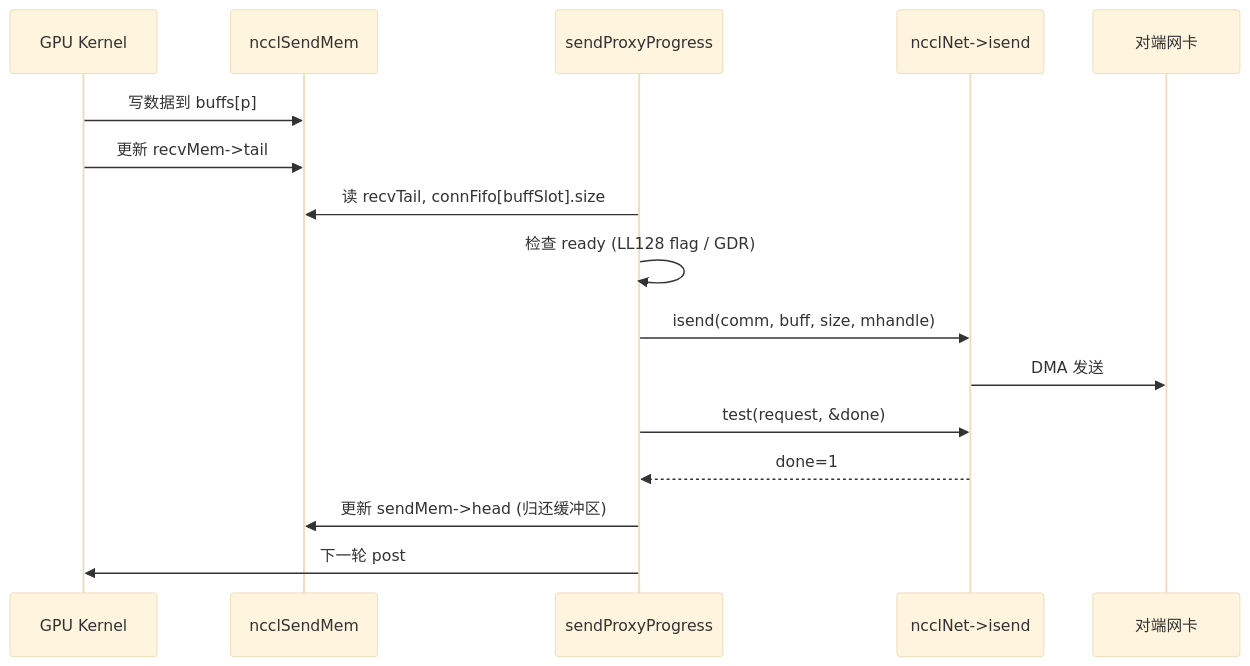
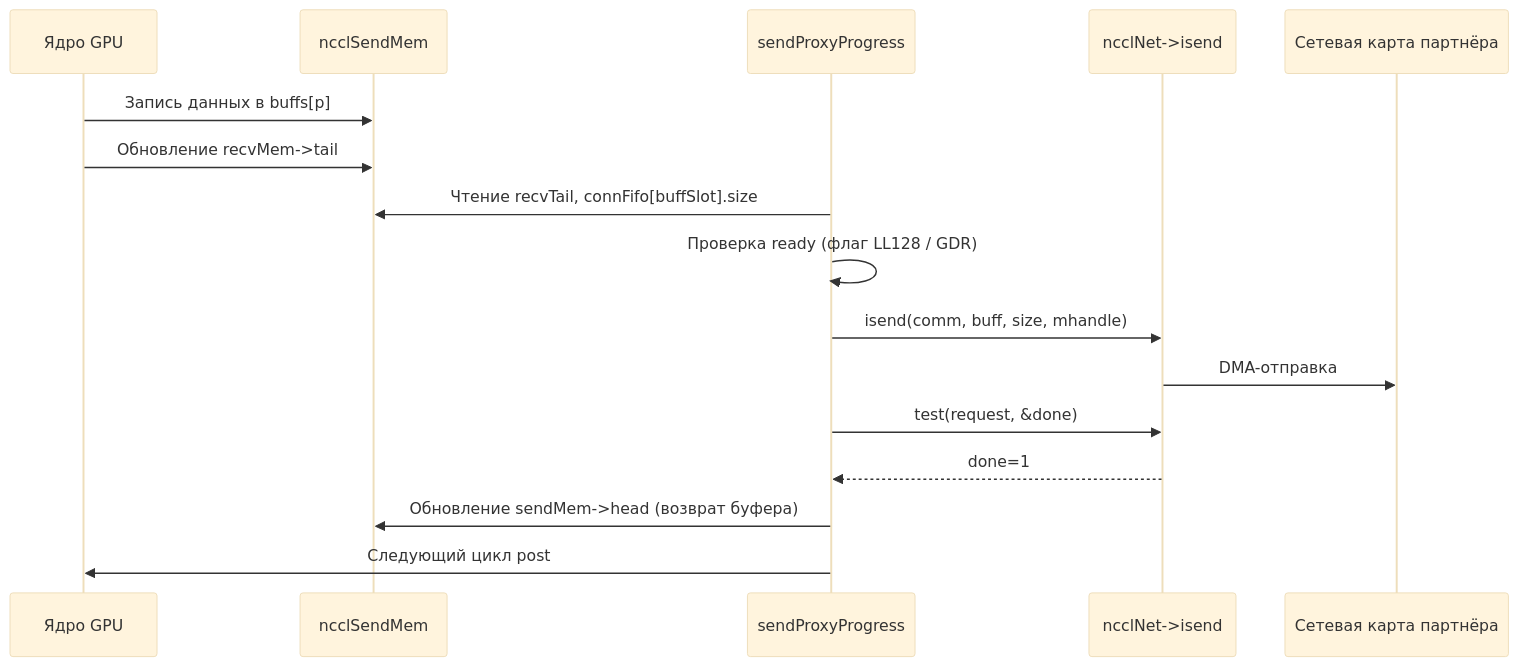
The second of 2 diagrams in books/nccl/ru/11-transport-layer-p2p-shm-net-nvls.md (maleRjc/AiReadCodeBooks), drawn with Mermaid (base theme) before and after one commit. The commit also changed other lines of this file and 74 other files, not shown here.

````diff
--- a/books/nccl/ru/11-transport-layer-p2p-shm-net-nvls.md
+++ b/books/nccl/ru/11-transport-layer-p2p-shm-net-nvls.md
@@ -758,19 +760,19 @@
 ```mermaid
 sequenceDiagram
-    participant GPU as GPU Kernel
+    participant GPU as Ядро GPU
     participant SM as ncclSendMem
     participant Proxy as sendProxyProgress
     participant NIC as ncclNet->isend
-    participant Peer as 对端网卡
+    participant Peer as Сетевая карта партнёра
 
-    GPU->>SM: 写数据到 buffs[p]
-    GPU->>SM: 更新 recvMem->tail
-    Proxy->>SM: 读 recvTail, connFifo[buffSlot].size
-    Proxy->>Proxy: 检查 ready (LL128 flag / GDR)
+    GPU->>SM: Запись данных в buffs[p]
+    GPU->>SM: Обновление recvMem->tail
+    Proxy->>SM: Чтение recvTail, connFifo[buffSlot].size
+    Proxy->>Proxy: Проверка ready (флаг LL128 / GDR)
     Proxy->>NIC: isend(comm, buff, size, mhandle)
-    NIC->>Peer: DMA 发送
+    NIC->>Peer: DMA-отправка
     Proxy->>NIC: test(request, &done)
     NIC-->>Proxy: done=1
-    Proxy->>SM: 更新 sendMem->head (归还缓冲区)
-    Proxy->>GPU: 下一轮 post
+    Proxy->>SM: Обновление sendMem->head (возврат буфера)
+    Proxy->>GPU: Следующий цикл post
 ```
````
